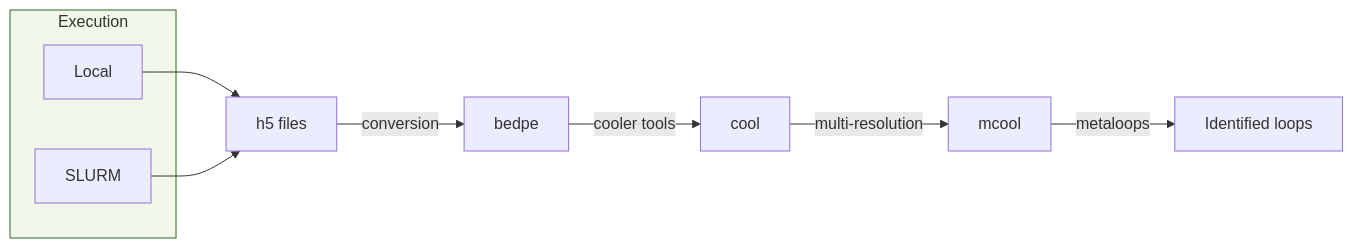
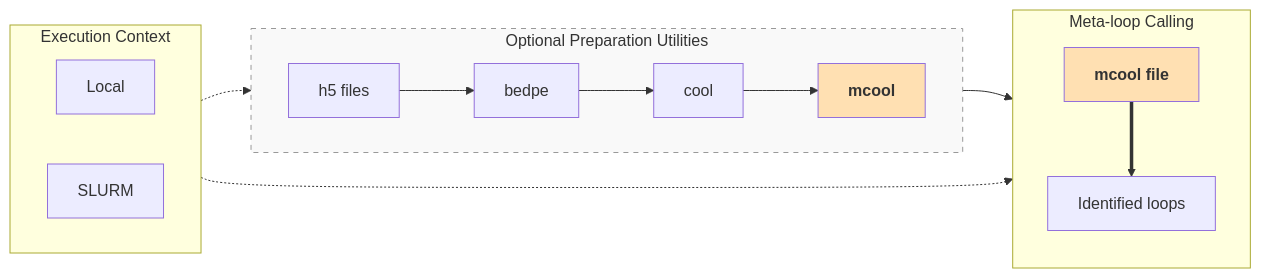
Before and after one commit to ccarloscr/metaloops-toolkit: the diagram in README.md, drawn with Mermaid. The commit also changed other lines of this file, not shown here.

Commit message:
Revise README for clarity and additional details
Updated README to clarify toolkit functionality and usage instructions.

````diff
--- a/README.md
+++ b/README.md
@@ -23,25 +21,29 @@
 ```mermaid
 flowchart LR
+    subgraph Optional [Optional Preparation Utilities]
+        direction LR
+        A[h5 files] --> B[bedpe]
+        B --> C[cool]
+        C --> D[mcool]
+    end
+    Optional --> Mandatory
 
-    A[h5 files] 
-        -->|conversion| B[bedpe]
+    subgraph Mandatory [Meta-loop Calling]
+        direction TD
+        M[mcool file] ==> E[Identified loops]
+    end
 
-    B 
-        -->|cooler tools| C[cool]
-
-    C 
-        -->|multi-resolution| D[mcool]
-
-    D 
-        -->|metaloops| E[Identified loops]
-
-    subgraph Execution
+    subgraph Env [Execution Context]
+        direction LR
         L[Local]
         S[SLURM]
     end
+    
+    Env -.-> Optional
+    Env -.-> Mandatory
 
-    L --> A
-    S --> A
-
-style Execution fill:#f1f8e9,stroke:#33691e
+    %% Styling
+    style Optional fill:#f9f9f9,stroke:#999,stroke-dasharray: 5 5
+    style D font-weight:bold,fill:#ffe0b2
+    style M font-weight:bold,fill:#ffe0b2
 ```
````
